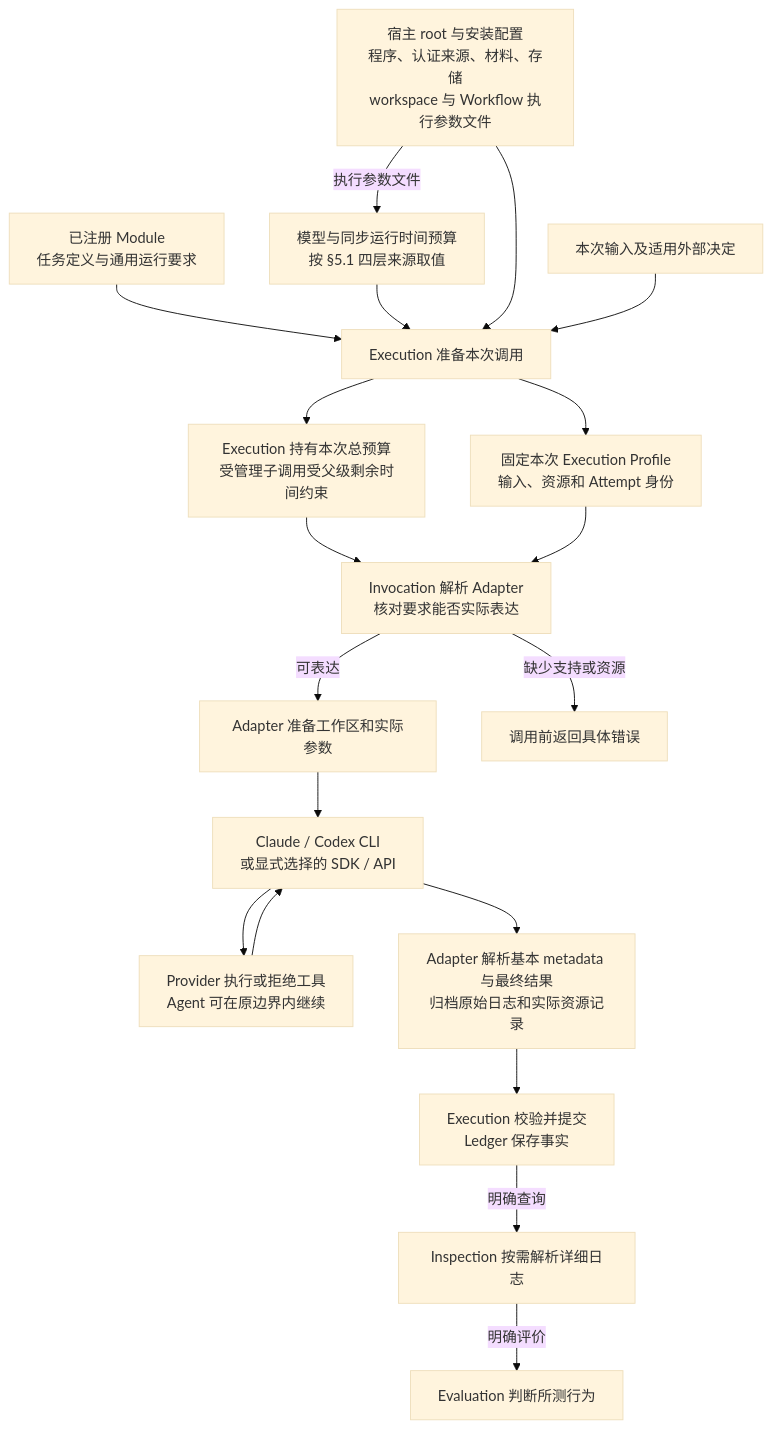
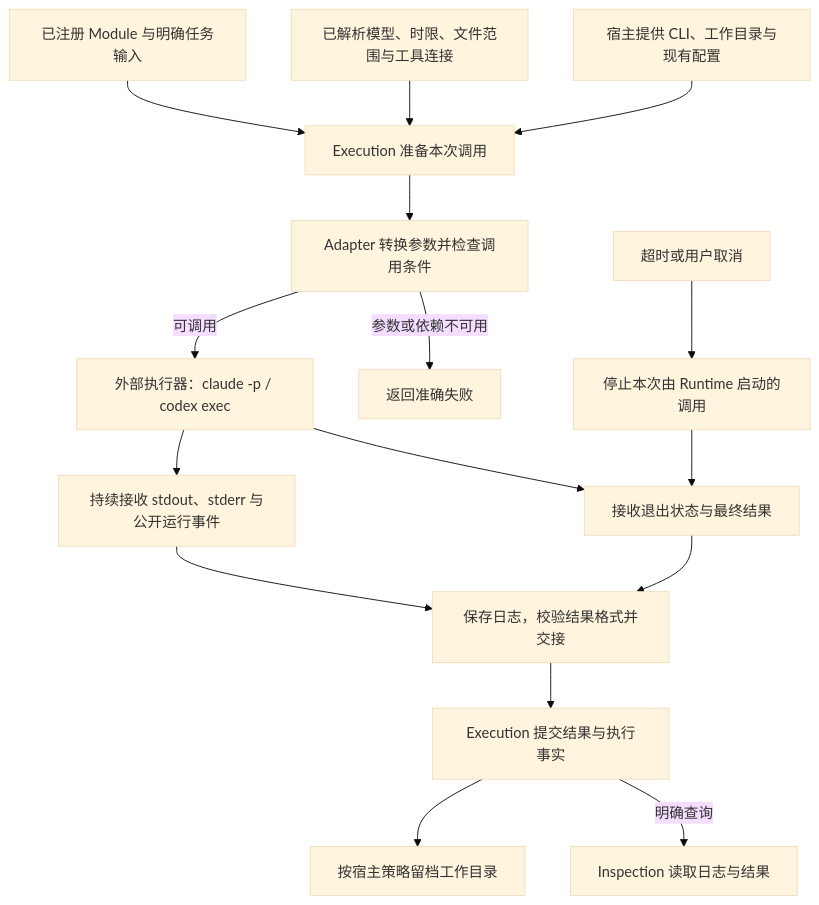
Before and after one commit to bobaoai/agent_runtime: the first of 2 diagrams in designDoc/agent_runtime_08_agent_execution_adapter_contract.md, drawn with Mermaid (base theme). The commit also changed other lines of this file and 107 other files, not shown here.

First line of the commit message:
Publish agent-runtime-core 0.2.0.dev11 for Windows

````diff
--- a/designDoc/agent_runtime_08_agent_execution_adapter_contract.md
+++ b/designDoc/agent_runtime_08_agent_execution_adapter_contract.md
@@ -36,21 +36,18 @@
 ```mermaid
 flowchart TD
-    M["已注册 Module<br/>任务定义与通用运行要求"] --> E["Execution 准备本次调用"]
-    C["模型与同步运行时间预算<br/>按 §5.1 四层来源取值"] --> E
-    H["宿主 root 与安装配置<br/>程序、认证来源、材料、存储<br/>workspace 与 Workflow 执行参数文件"] --> E
-    H -->|执行参数文件| C
-    I["本次输入及适用外部决定"] --> E
-    E --> P["固定本次 Execution Profile<br/>输入、资源和 Attempt 身份"]
-    E --> B["Execution 持有本次总预算<br/>受管理子调用受父级剩余时间约束"]
-    B --> A
-    P --> A["Invocation 解析 Adapter<br/>核对要求能否实际表达"]
-    A -->|可表达| S["Adapter 准备工作区和实际参数"]
-    A -->|缺少支持或资源| F["调用前返回具体错误"]
-    S --> CLI["Claude / Codex CLI<br/>或显式选择的 SDK / API"]
-    CLI --> T["Provider 执行或拒绝工具<br/>Agent 可在原边界内继续"]
-    T --> CLI
-    CLI --> R["Adapter 解析基本 metadata 与最终结果<br/>归档原始日志和实际资源记录"]
-    R --> L["Execution 校验并提交<br/>Ledger 保存事实"]
-    L -->|明确查询| Q["Inspection 按需解析详细日志"]
-    Q -->|明确评价| V["Evaluation 判断所测行为"]
+    M[已注册 Module 与明确任务输入] --> E[Execution 准备本次调用]
+    C[已解析模型、时限、文件范围与工具连接] --> E
+    H[宿主提供 CLI、工作目录与现有配置] --> E
+    E --> A[Adapter 转换参数并检查调用条件]
+    A -->|可调用| CLI[外部执行器：claude -p / codex exec]
+    A -->|参数或依赖不可用| F[返回准确失败]
+    CLI --> L[持续接收 stdout、stderr 与公开运行事件]
+    CLI --> R[接收退出状态与最终结果]
+    T[超时或用户取消] --> S[停止本次由 Runtime 启动的调用]
+    S --> R
+    L --> O[保存日志，校验结果格式并交接]
+    R --> O
+    O --> K[Execution 提交结果与执行事实]
+    K --> W[按宿主策略留档工作目录]
+    K -->|明确查询| Q[Inspection 读取日志与结果]
 ```
````
